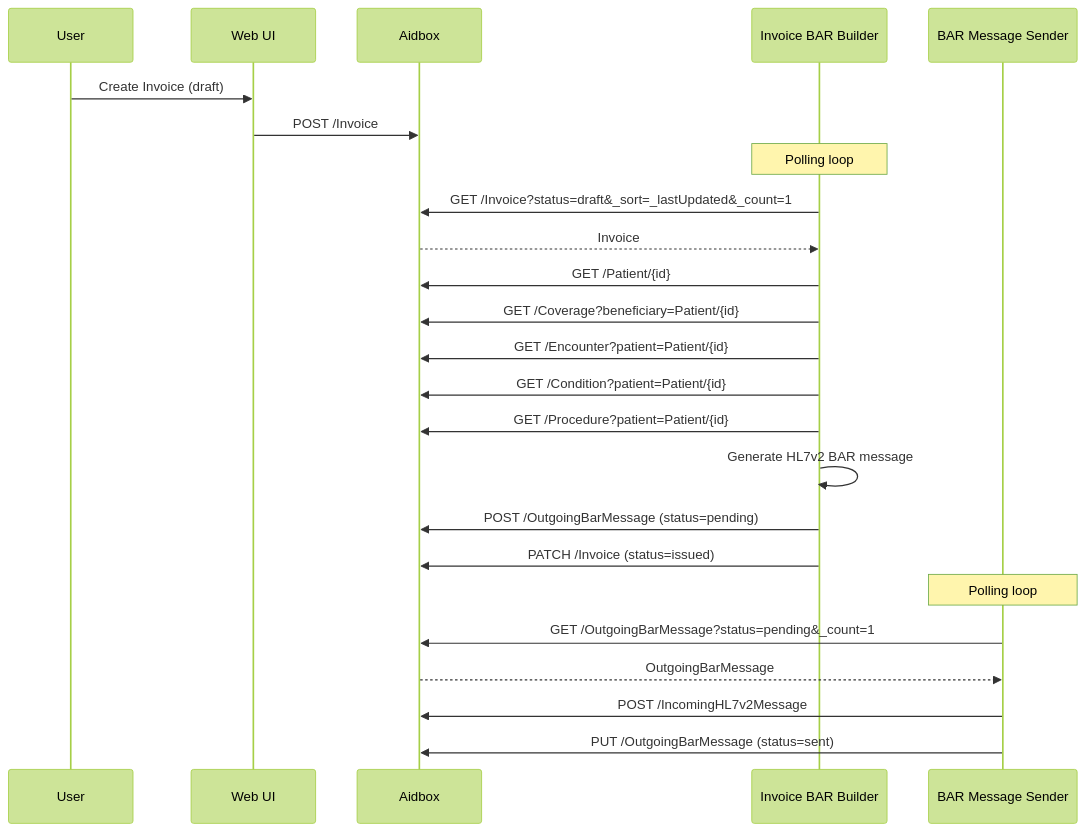
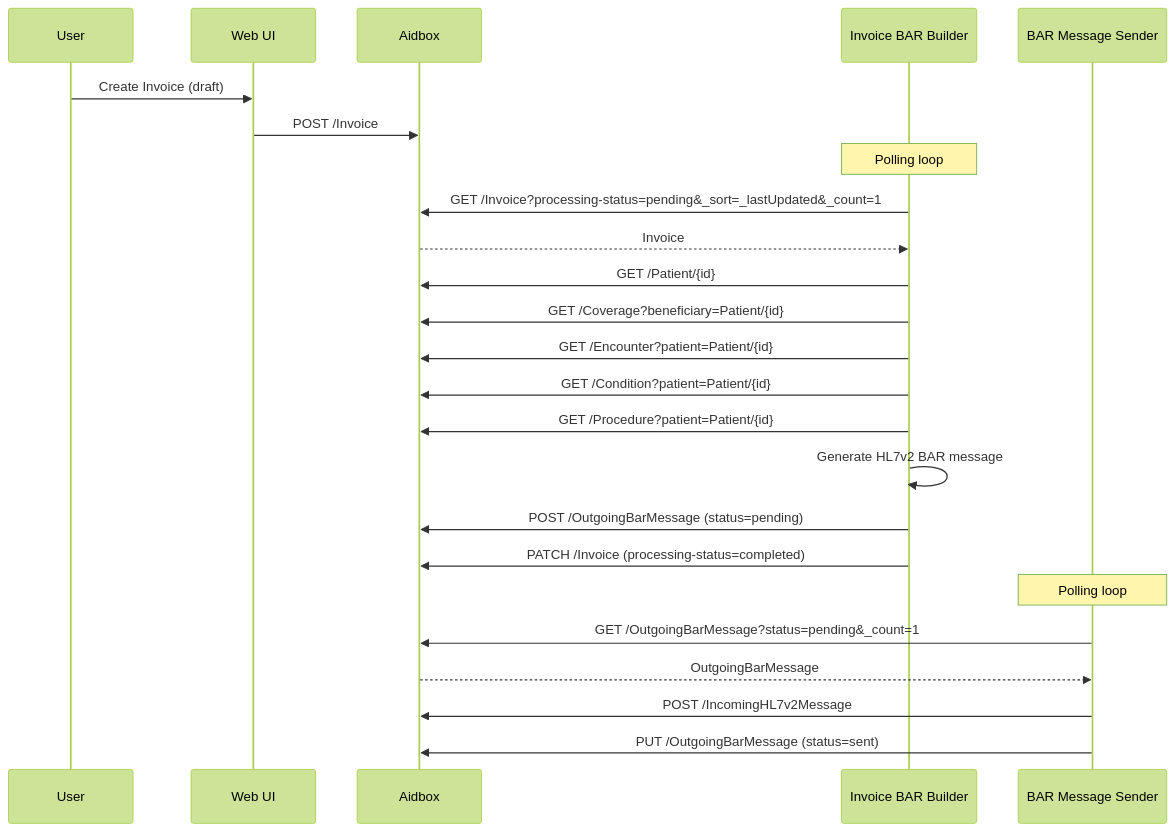
The fourth of 7 diagrams in spec/architecture.md (Aidbox/aidbox-hl7v2-example), drawn with Mermaid (forest theme) before and after one commit. The commit also changed other lines of this file and 12 other files, not shown here.

First line of the commit message:
Update Invoice status model

````diff
--- a/spec/architecture.md
+++ b/spec/architecture.md
@@ -189,32 +189,32 @@
 ```mermaid
 sequenceDiagram
     participant User
     participant UI as Web UI
     participant Aidbox
     participant Builder as Invoice BAR Builder
     participant Sender as BAR Message Sender
 
     User->>UI: Create Invoice (draft)
     UI->>Aidbox: POST /Invoice
 
     Note over Builder: Polling loop
-    Builder->>Aidbox: GET /Invoice?status=draft&_sort=_lastUpdated&_count=1
+    Builder->>Aidbox: GET /Invoice?processing-status=pending&_sort=_lastUpdated&_count=1
     Aidbox-->>Builder: Invoice
 
     Builder->>Aidbox: GET /Patient/{id}
     Builder->>Aidbox: GET /Coverage?beneficiary=Patient/{id}
     Builder->>Aidbox: GET /Encounter?patient=Patient/{id}
     Builder->>Aidbox: GET /Condition?patient=Patient/{id}
     Builder->>Aidbox: GET /Procedure?patient=Patient/{id}
 
     Builder->>Builder: Generate HL7v2 BAR message
     Builder->>Aidbox: POST /OutgoingBarMessage (status=pending)
-    Builder->>Aidbox: PATCH /Invoice (status=issued)
+    Builder->>Aidbox: PATCH /Invoice (processing-status=completed)
 
     Note over Sender: Polling loop
     Sender->>Aidbox: GET /OutgoingBarMessage?status=pending&_count=1
     Aidbox-->>Sender: OutgoingBarMessage
 
     Sender->>Aidbox: POST /IncomingHL7v2Message
     Sender->>Aidbox: PUT /OutgoingBarMessage (status=sent)
 ```
````
